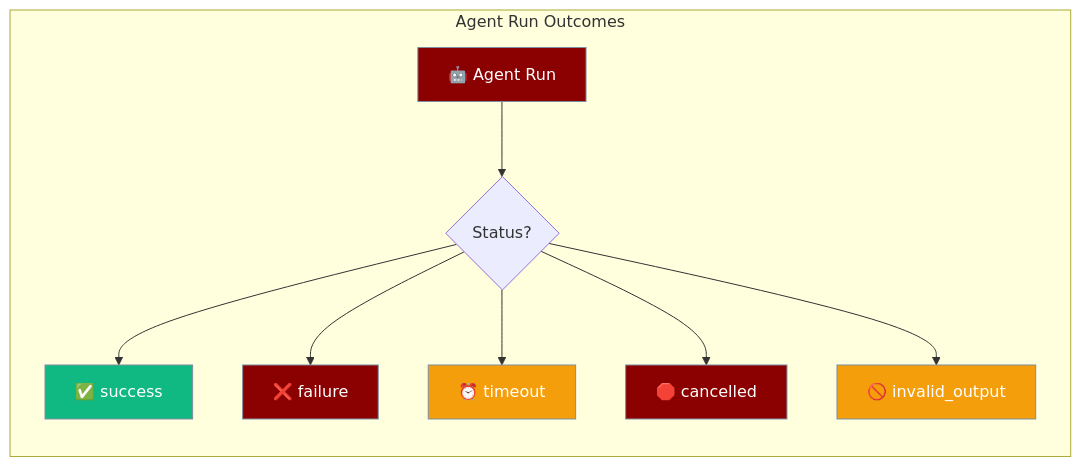
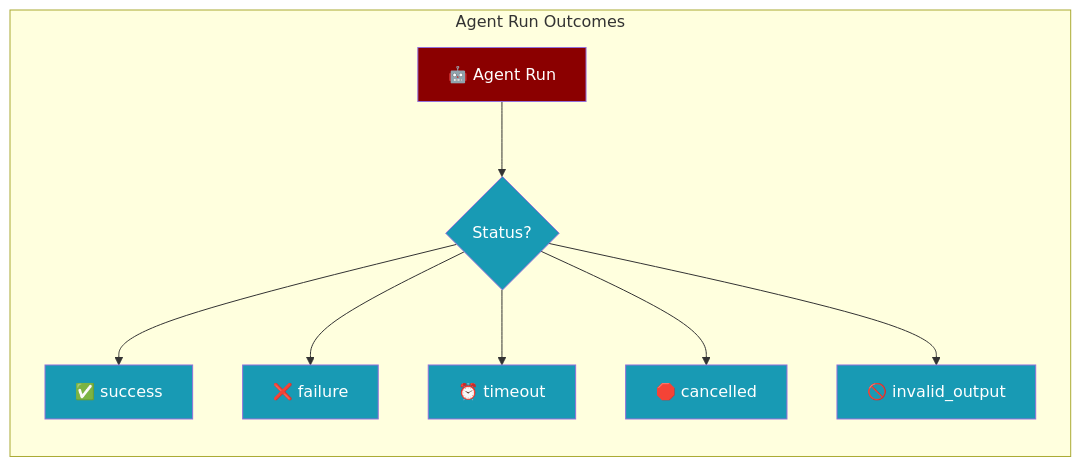
The first of 3 diagrams in docs/features/agent-run-outcomes.mdx (MervinPraison/PraisonAIDocs), drawn with Mermaid before and after one commit. The commit also changed 24 other files, not shown here.

````diff
--- a/docs/features/agent-run-outcomes.mdx
+++ b/docs/features/agent-run-outcomes.mdx
@@ -10,21 +10,17 @@
 ```mermaid
 graph LR
     subgraph "Agent Run Outcomes"
         A[🤖 Agent Run] --> B{Status?}
         B --> C[✅ success]
         B --> D[❌ failure]
         B --> E[⏰ timeout]
         B --> F[🛑 cancelled]
         B --> G[🚫 invalid_output]
     end
     
-    classDef input fill:#8B0000,stroke:#7C90A0,color:#fff
-    classDef success fill:#10B981,stroke:#7C90A0,color:#fff
-    classDef retryable fill:#F59E0B,stroke:#7C90A0,color:#fff
-    classDef terminal fill:#8B0000,stroke:#7C90A0,color:#fff
+    classDef agent fill:#8B0000,color:#fff
+    classDef tool fill:#189AB4,color:#fff
     
-    class A input
-    class C success
-    class E,G retryable
-    class D,F terminal
+    class A agent
+    class B,C,D,E,F,G tool
 ```
````
